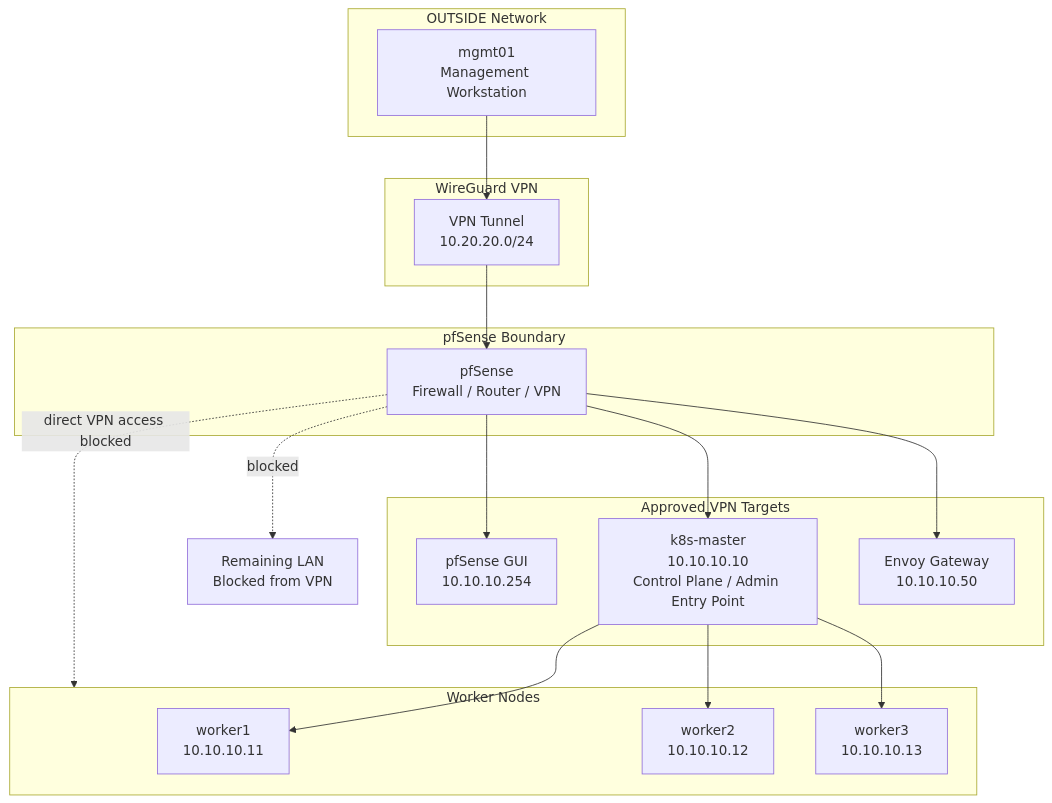
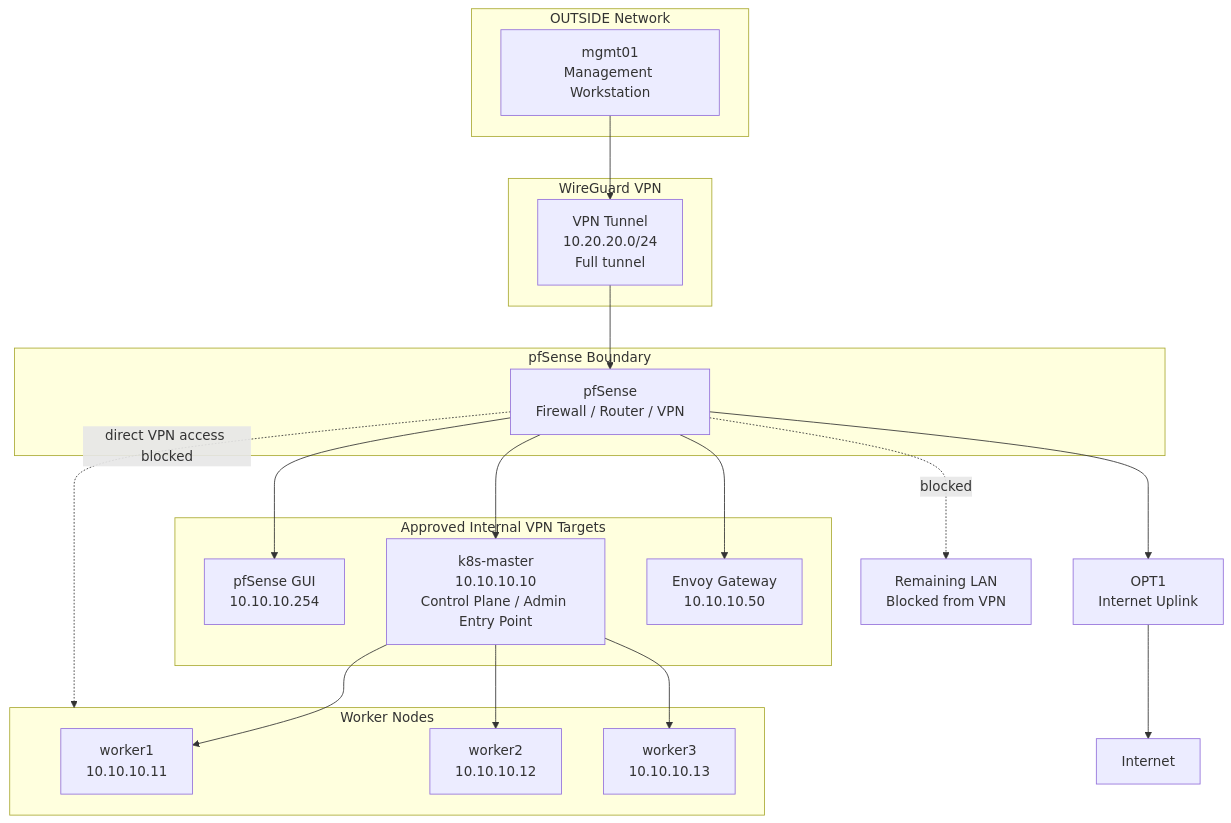
One commit to paknaoo/kubernetes-pfsense-wireguard-homelab changed the second of 2 diagrams in docs/architecture.md. Above: the diagram before and after it, drawn with Mermaid. The commit also changed other lines of this file, not shown here.

First line of the commit message:
Update architecture.md

````diff
--- a/docs/architecture.md
+++ b/docs/architecture.md
@@ -132,43 +126,48 @@
 ```mermaid
 flowchart TB
 
     subgraph OUTSIDE["OUTSIDE Network"]
-        MGMT["mgmt01<br/>Management Workstation"]
+        MGMT["mgmt01<br>Management Workstation"]
     end
 
     subgraph VPN["WireGuard VPN"]
-        WG["VPN Tunnel<br/>10.20.20.0/24"]
+        WG["VPN Tunnel<br>10.20.20.0/24<br>Full tunnel"]
     end
 
     subgraph FIREWALL["pfSense Boundary"]
-        PFSENSE["pfSense<br/>Firewall / Router / VPN"]
+        PFSENSE["pfSense<br>Firewall / Router / VPN"]
     end
 
-    subgraph ALLOWED["Approved VPN Targets"]
-        GUI["pfSense GUI<br/>10.10.10.254"]
-        MASTER["k8s-master<br/>10.10.10.10<br/>Control Plane / Admin Entry Point"]
-        INGRESS["Envoy Gateway<br/>10.10.10.50"]
+    subgraph ALLOWED["Approved Internal VPN Targets"]
+        GUI["pfSense GUI<br>10.10.10.254"]
+        MASTER["k8s-master<br>10.10.10.10<br>Control Plane / Admin Entry Point"]
+        INGRESS["Envoy Gateway<br>10.10.10.50"]
     end
 
     subgraph WORKERS["Worker Nodes"]
-        W1["worker1<br/>10.10.10.11"]
-        W2["worker2<br/>10.10.10.12"]
-        W3["worker3<br/>10.10.10.13"]
+        W1["worker1<br>10.10.10.11"]
+        W2["worker2<br>10.10.10.12"]
+        W3["worker3<br>10.10.10.13"]
     end
 
-    BLOCKED["Remaining LAN<br/>Blocked from VPN"]
+    OPT1["OPT1<br>Internet Uplink"]
+    INTERNET["Internet"]
+    BLOCKED["Remaining LAN<br>Blocked from VPN"]
 
     MGMT --> WG
     WG --> PFSENSE
 
     PFSENSE --> GUI
     PFSENSE --> MASTER
     PFSENSE --> INGRESS
 
     MASTER --> W1
     MASTER --> W2
     MASTER --> W3
 
+    PFSENSE --> OPT1
+    OPT1 --> INTERNET
+
     PFSENSE -. direct VPN access blocked .-> WORKERS
     PFSENSE -. blocked .-> BLOCKED
 ```
````
